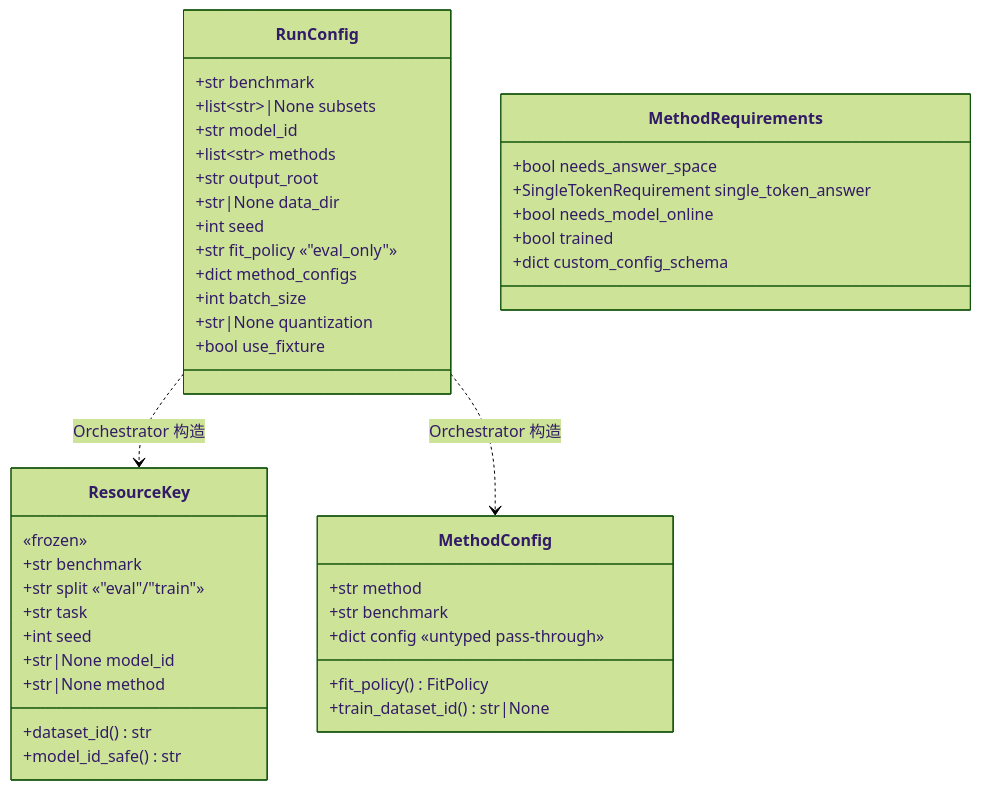
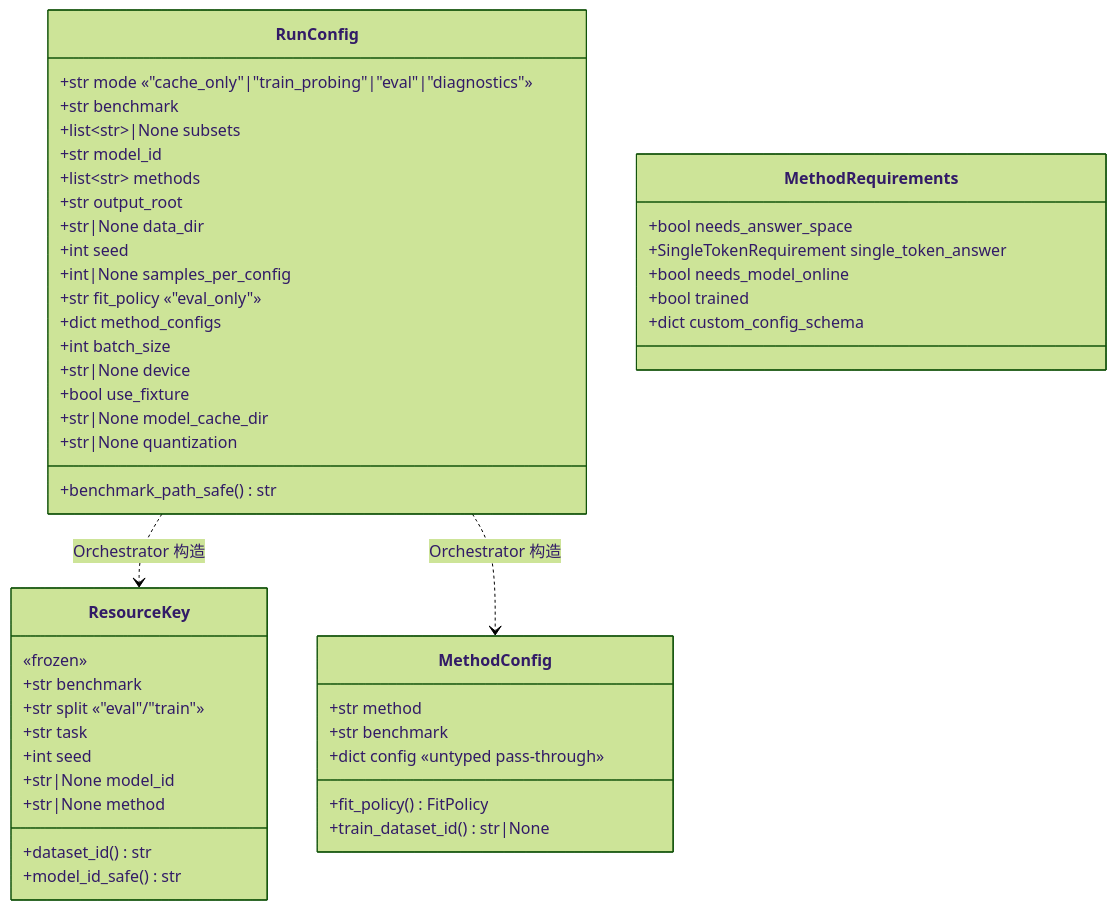
Before and after one commit to euyis1019/llm-brewing: the seventh of 10 diagrams in docs/project_overview.md, drawn with Mermaid (forest theme). The commit also changed other lines of this file and 2 other files, not shown here.

First line of the commit message:
Update docs for explicit 4-mode pipeline and add CUE-Bench data spec

````diff
--- a/docs/project_overview.md
+++ b/docs/project_overview.md
@@ -255,50 +257,55 @@
 ```mermaid
 classDiagram
     direction TB
 
     class RunConfig {
+        +str mode  «"cache_only"|"train_probing"|"eval"|"diagnostics"»
         +str benchmark
         +list~str~|None subsets
         +str model_id
         +list~str~ methods
         +str output_root
         +str|None data_dir
         +int seed
+        +int|None samples_per_config
         +str fit_policy  «"eval_only"»
         +dict method_configs
         +int batch_size
+        +str|None device
+        +bool use_fixture
+        +str|None model_cache_dir
         +str|None quantization
-        +bool use_fixture
+        +benchmark_path_safe() str
     }
 
     class ResourceKey {
         «frozen»
         +str benchmark
         +str split  «"eval"/"train"»
         +str task
         +int seed
         +str|None model_id
         +str|None method
         +dataset_id() str
         +model_id_safe() str
     }
 
     class MethodConfig {
         +str method
         +str benchmark
         +dict config  «untyped pass-through»
         +fit_policy() FitPolicy
         +train_dataset_id() str|None
     }
 
     class MethodRequirements {
         +bool needs_answer_space
         +SingleTokenRequirement single_token_answer
         +bool needs_model_online
         +bool trained
         +dict custom_config_schema
     }
 
     RunConfig ..> ResourceKey : Orchestrator 构造
     RunConfig ..> MethodConfig : Orchestrator 构造
 ```
````
